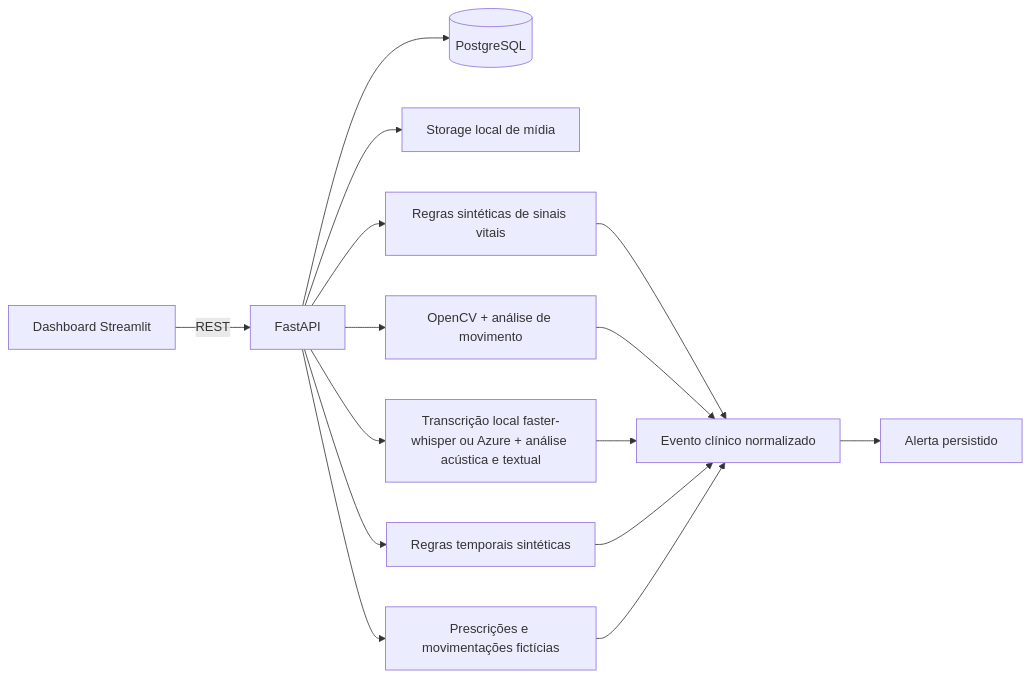
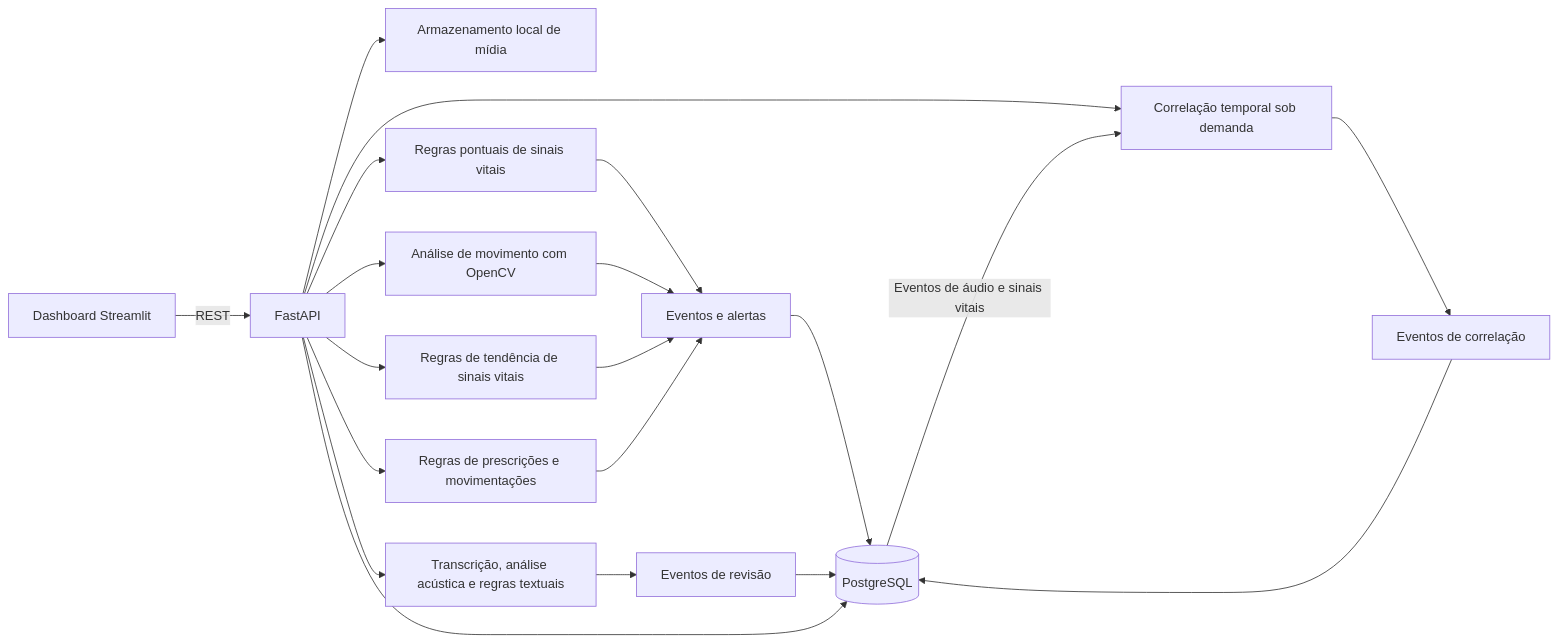
Before and after one commit to mo1sess/tech-challenge-fiap-fase-4: the diagram in README.md, drawn with Mermaid. The commit also changed other lines of this file and 1 other file, not shown here.

````diff
--- a/README.md
+++ b/README.md
@@ -34,17 +42,22 @@
 ```mermaid
 flowchart LR
-    UI[Dashboard Streamlit] -->|REST| API[FastAPI]
-    API --> DB[(PostgreSQL)]
-    API --> FS[Storage local de mídia]
-    API --> VITAL[Regras sintéticas de sinais vitais]
-    VITAL --> EVENT[Evento clínico normalizado]
-    EVENT --> ALERT[Alerta persistido]
-    API --> VIDEO[OpenCV + análise de movimento]
-    VIDEO --> EVENT
-    API --> AUDIO[Transcrição local faster-whisper ou Azure + análise acústica e textual]
-    AUDIO --> EVENT
-    API --> TEMPORAL[Regras temporais sintéticas]
-    API --> OPERATIONS[Prescrições e movimentações fictícias]
-    TEMPORAL --> EVENT
-    OPERATIONS --> EVENT
+    UI["Dashboard Streamlit"] -->|REST| API["FastAPI"]
+    API --> FS["Armazenamento local de mídia"]
+    API --> VITAL["Regras pontuais de sinais vitais"]
+    API --> VIDEO["Análise de movimento com OpenCV"]
+    API --> AUDIO["Transcrição, análise acústica e regras textuais"]
+    API --> TEMPORAL["Regras de tendência de sinais vitais"]
+    API --> OPERATIONS["Regras de prescrições e movimentações"]
+    VITAL --> ALERT["Eventos e alertas"]
+    VIDEO --> ALERT
+    TEMPORAL --> ALERT
+    OPERATIONS --> ALERT
+    AUDIO --> REVIEW["Eventos de revisão"]
+    API --> PAIR["Correlação temporal sob demanda"]
+    DB -->|Eventos de áudio e sinais vitais| PAIR
+    PAIR --> CORRELATED["Eventos de correlação"]
+    ALERT --> DB[("PostgreSQL")]
+    REVIEW --> DB
+    CORRELATED --> DB
+    API --> DB
 ```
````
